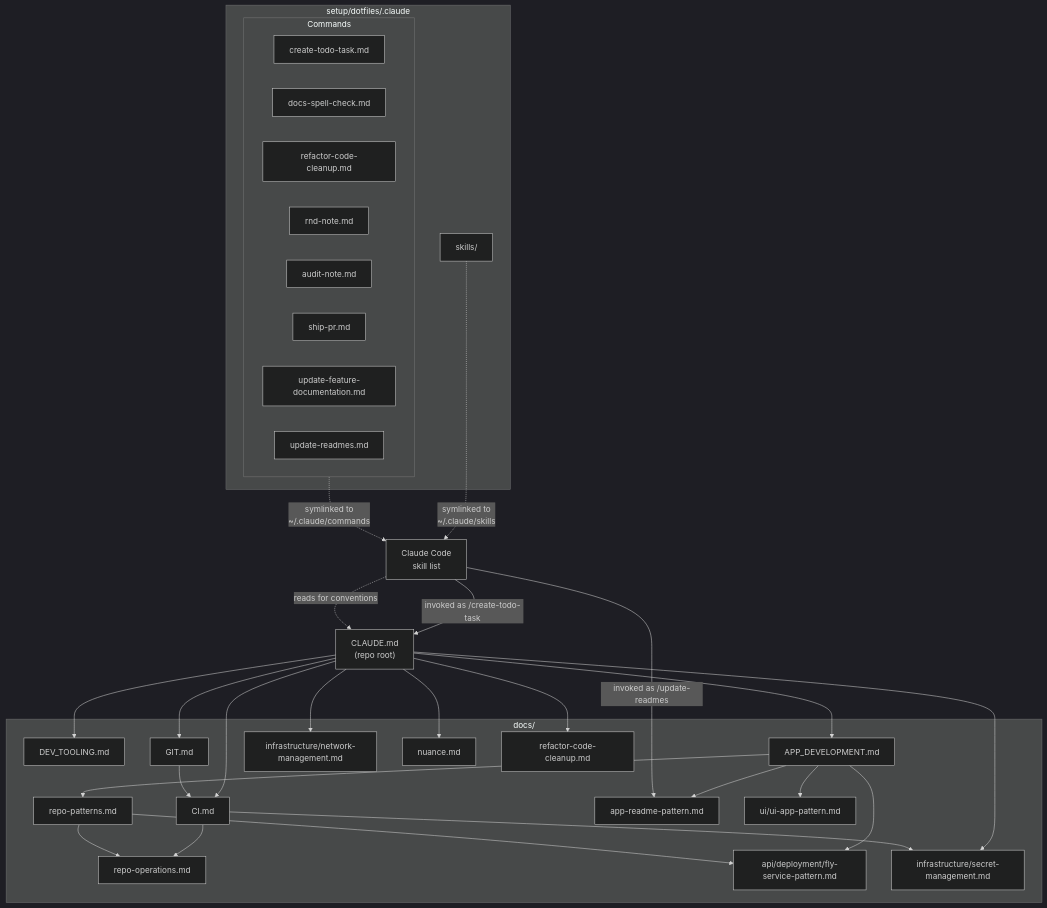
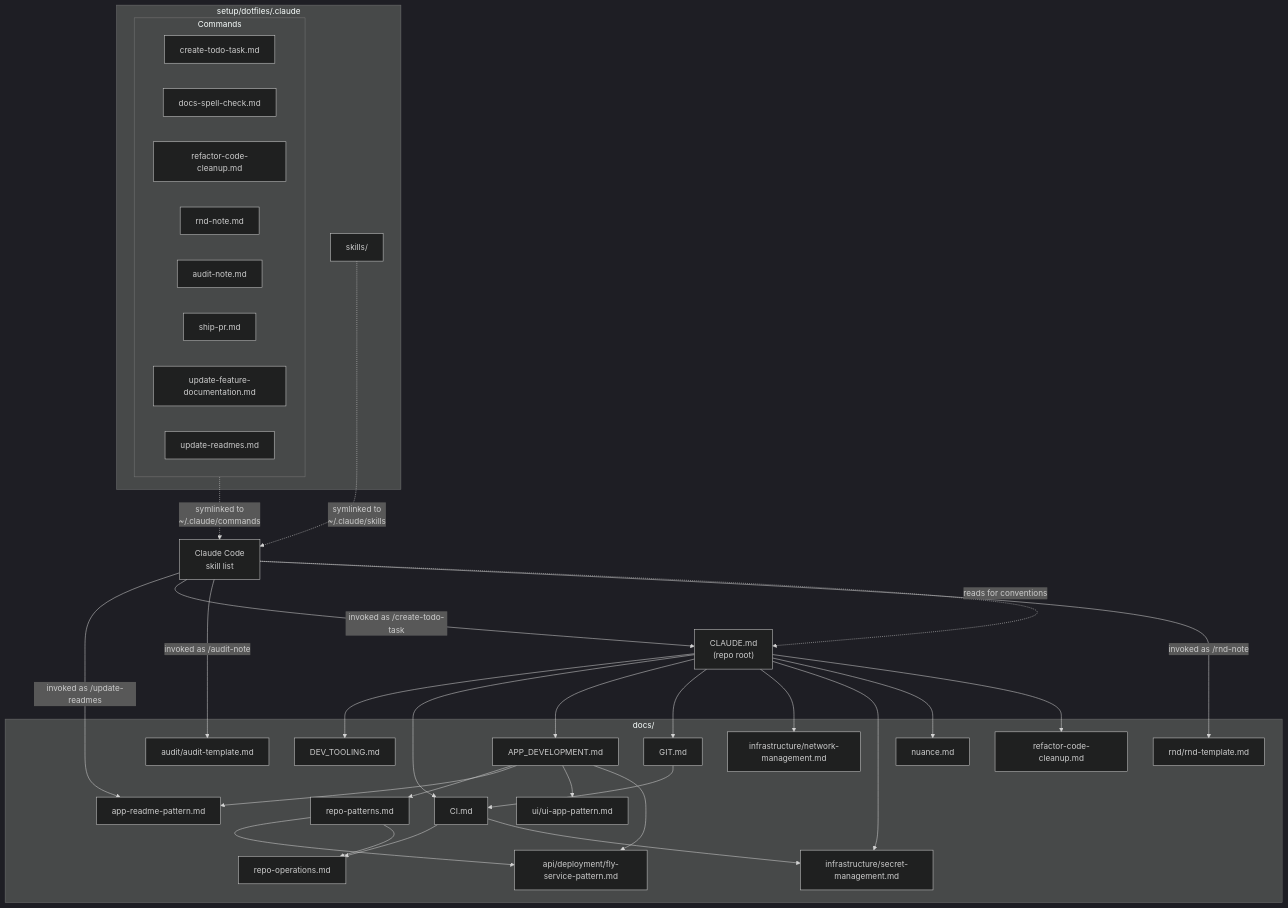
Before and after one commit to iamharryliu/vigilant-broccoli: the diagram in docs/agent-diagram.md, drawn with Mermaid (dark theme). The commit also changed other lines of this file and 9 other files, not shown here.

````diff
--- a/docs/agent-diagram.md
+++ b/docs/agent-diagram.md
@@ -5,60 +5,64 @@
 ```mermaid
 flowchart TD
     CLAUDE["CLAUDE.md<br/>(repo root)"]
 
     subgraph DOCS["docs/"]
         DEV_TOOLING["DEV_TOOLING.md"]
         CI["CI.md"]
         APP_DEV["APP_DEVELOPMENT.md"]
         GIT["GIT.md"]
         NETWORK["infrastructure/network-management.md"]
         NUANCE["nuance.md"]
         REPO_PATTERNS["repo-patterns.md"]
         REPO_OPS["repo-operations.md"]
         APP_README["app-readme-pattern.md"]
         UI_PATTERN["ui/ui-app-pattern.md"]
         FLY_PATTERN["api/deployment/fly-service-pattern.md"]
         SECRETS["infrastructure/secret-management.md"]
         REFACTOR["refactor-code-cleanup.md"]
+        AUDIT_TPL["audit/audit-template.md"]
+        RND_TPL["rnd/rnd-template.md"]
     end
 
     CLAUDE --> DEV_TOOLING
     CLAUDE --> CI
     CLAUDE --> APP_DEV
     CLAUDE --> GIT
     CLAUDE --> NETWORK
     CLAUDE --> SECRETS
     CLAUDE --> NUANCE
     CLAUDE --> REFACTOR
 
     CI --> REPO_OPS
     CI --> SECRETS
     GIT --> CI
     APP_DEV --> REPO_PATTERNS
     APP_DEV --> APP_README
     APP_DEV --> UI_PATTERN
     APP_DEV --> FLY_PATTERN
     REPO_PATTERNS --> FLY_PATTERN
     REPO_PATTERNS --> REPO_OPS
 
     subgraph SKILLS["setup/dotfiles/.claude"]
         subgraph COMMANDS["Commands"]
             CMD_TODO["create-todo-task.md"]
             CMD_SPELLCHECK["docs-spell-check.md"]
             CMD_REFACTOR_CLEANUP["refactor-code-cleanup.md"]
             CMD_RND_NOTE["rnd-note.md"]
             CMD_AUDIT_NOTE["audit-note.md"]
             CMD_SHIP_PR["ship-pr.md"]
             CMD_UPDATE_FEATURE_DOCS["update-feature-documentation.md"]
             CMD_UPDATE_READMES["update-readmes.md"]
         end
         SKILLDIR["skills/"]
     end
 
     COMMANDS -.->|symlinked to<br/>~/.claude/commands| CLAUDECODE["Claude Code<br/>skill list"]
     SKILLDIR -.->|symlinked to<br/>~/.claude/skills| CLAUDECODE
 
     CLAUDECODE -->|invoked as /update-readmes| APP_README
     CLAUDECODE -->|invoked as /create-todo-task| CLAUDE
+    CLAUDECODE -->|invoked as /audit-note| AUDIT_TPL
+    CLAUDECODE -->|invoked as /rnd-note| RND_TPL
     CLAUDECODE -.->|reads for conventions| CLAUDE
 ```
````
